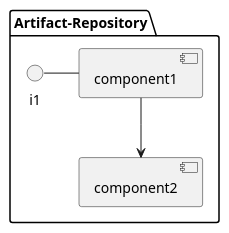
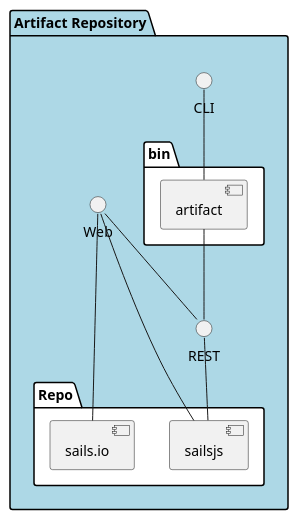
One commit to CAADE/C3 changed the diagram in docs/Solution/Artifact-Repository/Physical.puml. Above: the diagram before and after it, drawn with PlantUML. The commit also changed 158 other files, not shown here.

```diff
--- a/docs/Solution/Artifact-Repository/Physical.puml
+++ b/docs/Solution/Artifact-Repository/Physical.puml
@@ -1,11 +1,24 @@
 @startuml
 
-package "Artifact-Repository" {
-component component1
-component component2
-interface i1
+package "Artifact Repository" #lightblue {
+  interface CLI
+  interface Web
+  interface REST
+  folder bin #ffffff {
+    component artifact
+  }
 
+  folder "Repo" #ffffff {
+    component sails.io
+    component sailsjs
+  }
 }
-i1 - component1
-component1 --> component2
+
+CLI -- artifact
+artifact --  REST
+Web -- sailsjs
+Web -- REST
+REST -- sailsjs
+Web -- sails.io
+
 @enduml
```
